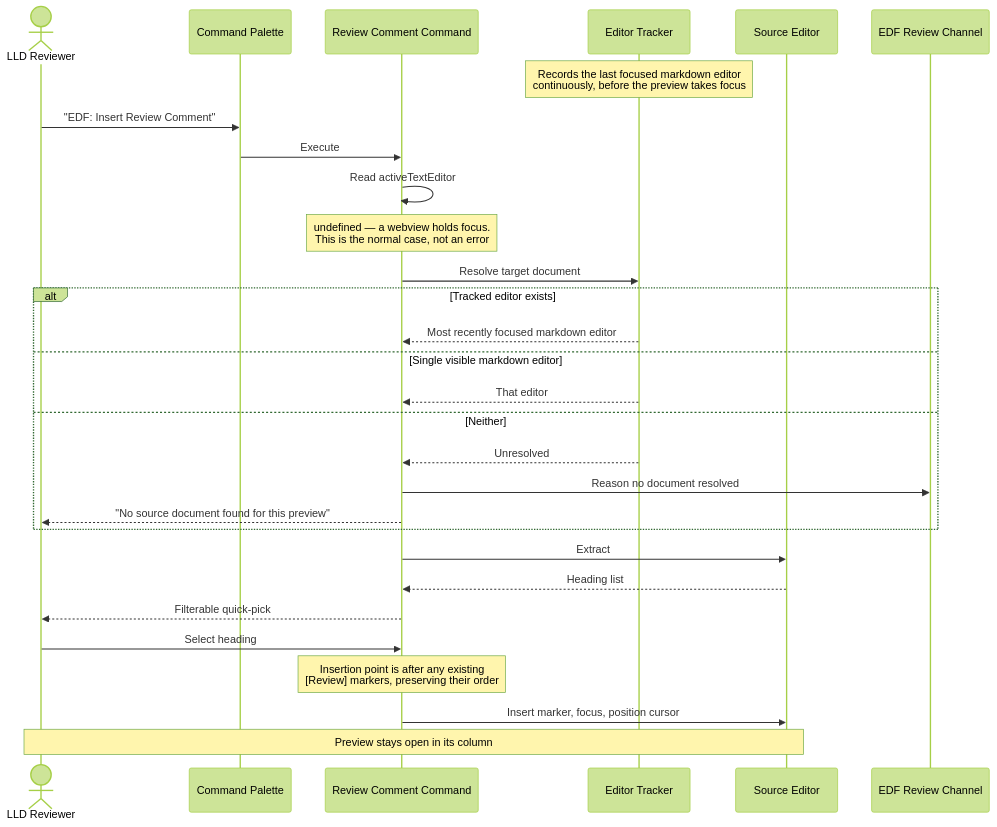
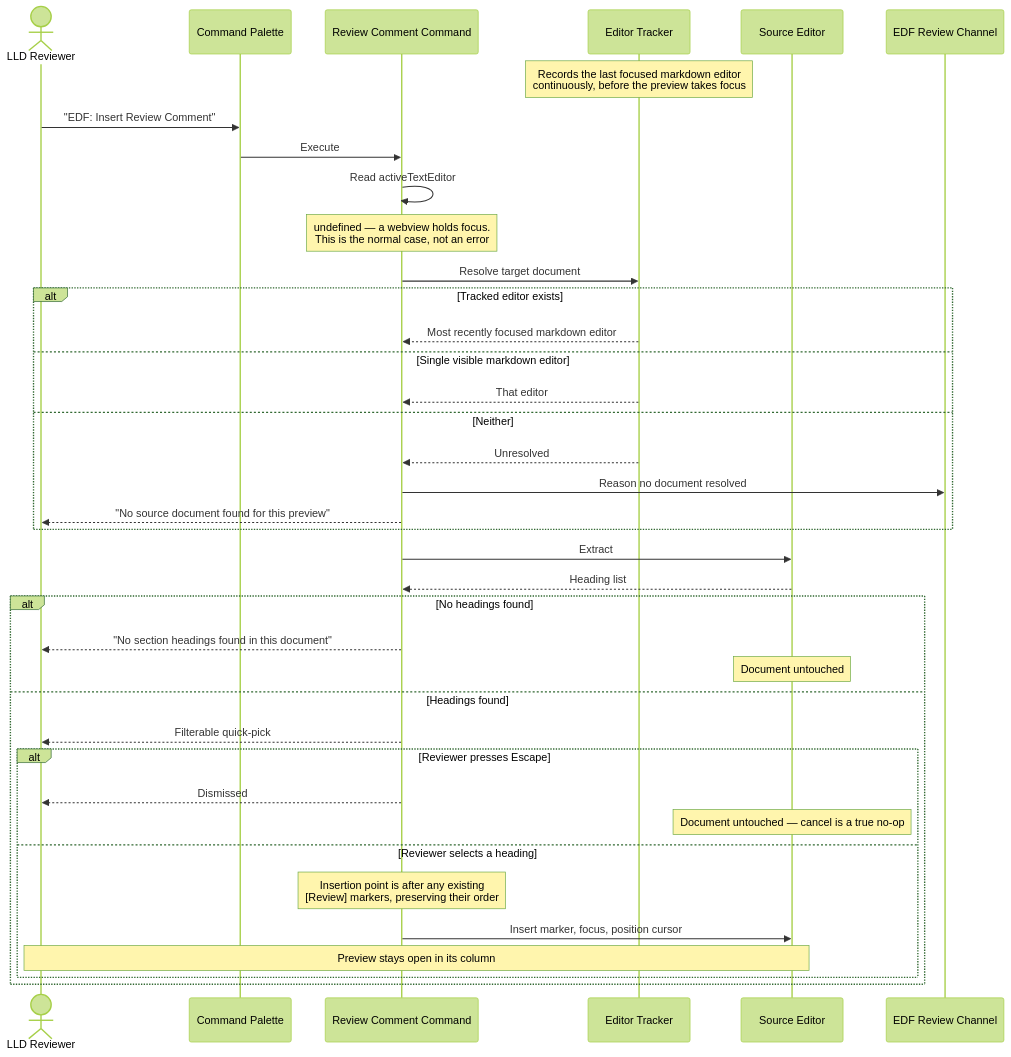
One commit to mironyx/engineering-delivery-framework changed the fourth of 6 diagrams in plugins/edf/docs/design/v1/v1-design.md. Above: the diagram before and after it, drawn with Mermaid (forest theme). The commit also changed other lines of this file and 1 other file, not shown here.

First line of the commit message:
docs: HLD v1 review fixes — 2 blockers, 8 warnings

````diff
--- a/plugins/edf/docs/design/v1/v1-design.md
+++ b/plugins/edf/docs/design/v1/v1-design.md
@@ -463,32 +533,41 @@
 ```mermaid
 sequenceDiagram
     actor Reviewer as LLD Reviewer
     participant Palette as Command Palette
     participant Cmd as Review Comment Command
     participant Tracker as Editor Tracker
     participant Editor as Source Editor
     participant Log as EDF Review Channel
 
     Note over Tracker: Records the last focused markdown editor<br/>continuously, before the preview takes focus
     Reviewer->>Palette: "EDF: Insert Review Comment"
     Palette->>Cmd: Execute
     Cmd->>Cmd: Read activeTextEditor
     Note over Cmd: undefined — a webview holds focus.<br/>This is the normal case, not an error
     Cmd->>Tracker: Resolve target document
     alt Tracked editor exists
         Tracker-->>Cmd: Most recently focused markdown editor
     else Single visible markdown editor
         Tracker-->>Cmd: That editor
     else Neither
         Tracker-->>Cmd: Unresolved
         Cmd->>Log: Reason no document resolved
         Cmd-->>Reviewer: "No source document found for this preview"
     end
     Cmd->>Editor: Extract ## and ### headings with line numbers
     Editor-->>Cmd: Heading list
-    Cmd-->>Reviewer: Filterable quick-pick
-    Reviewer->>Cmd: Select heading
-    Note over Cmd: Insertion point is after any existing<br/>[Review] markers, preserving their order
-    Cmd->>Editor: Insert marker, focus, position cursor
-    Note over Reviewer,Editor: Preview stays open in its column
+    alt No headings found
+        Cmd-->>Reviewer: "No section headings found in this document"
+        Note over Editor: Document untouched
+    else Headings found
+        Cmd-->>Reviewer: Filterable quick-pick
+        alt Reviewer presses Escape
+            Cmd-->>Reviewer: Dismissed
+            Note over Editor: Document untouched — cancel is a true no-op
+        else Reviewer selects a heading
+            Note over Cmd: Insertion point is after any existing<br/>[Review] markers, preserving their order
+            Cmd->>Editor: Insert marker, focus, position cursor
+            Note over Reviewer,Editor: Preview stays open in its column
+        end
+    end
 ```
````
